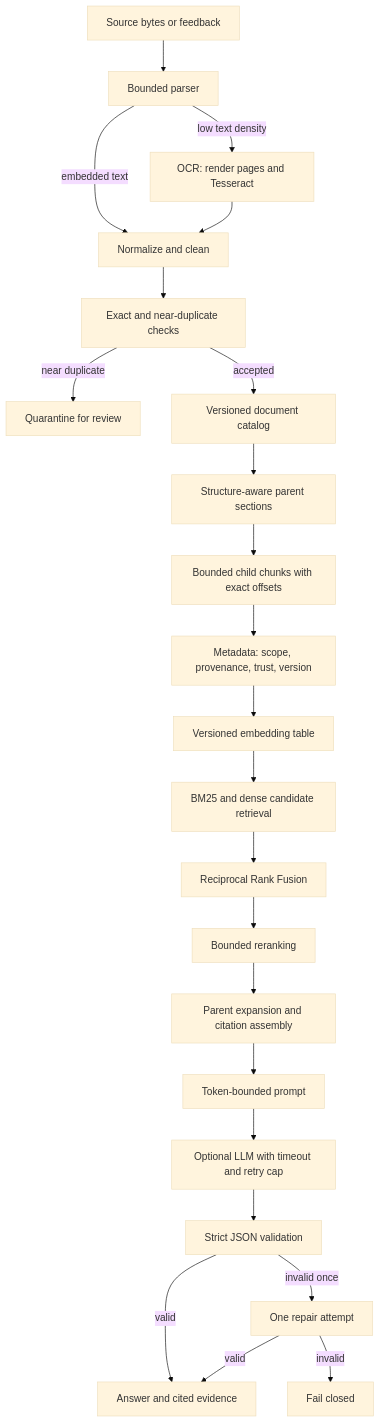
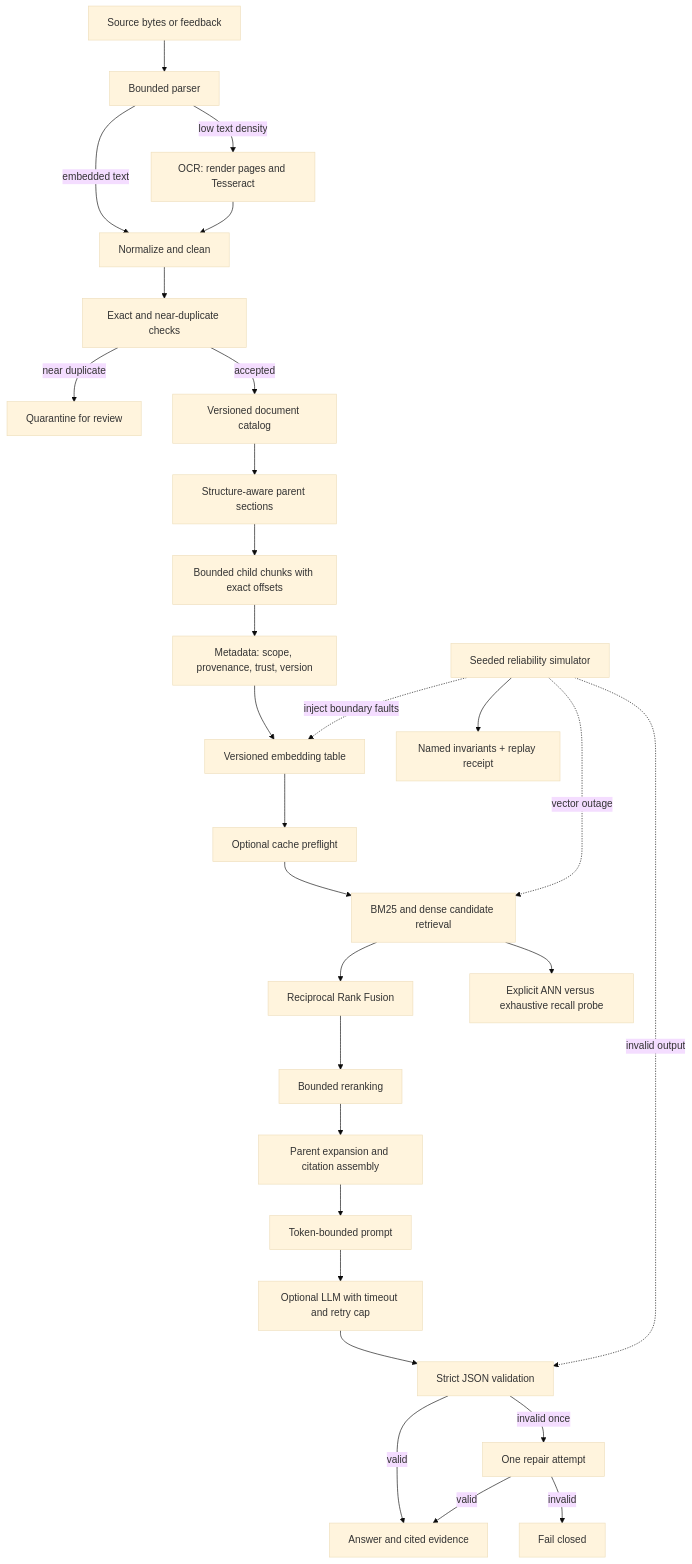
Before and after one commit to IgorGanapolsky/ThumbGate: the diagram in docs/RAG_PIPELINE.md, drawn with Mermaid (base theme). The commit also changed other lines of this file and 33 other files, not shown here.

````diff
--- a/docs/RAG_PIPELINE.md
+++ b/docs/RAG_PIPELINE.md
@@ -9,25 +9,31 @@
 ```mermaid
 flowchart TD
   A[Source bytes or feedback] --> B[Bounded parser]
   B -->|embedded text| C[Normalize and clean]
   B -->|low text density| O[OCR: render pages and Tesseract]
   O --> C
   C --> D[Exact and near-duplicate checks]
   D -->|near duplicate| Q[Quarantine for review]
   D -->|accepted| E[Versioned document catalog]
   E --> F[Structure-aware parent sections]
   F --> G[Bounded child chunks with exact offsets]
   G --> H[Metadata: scope, provenance, trust, version]
   H --> I[Versioned embedding table]
-  I --> J[BM25 and dense candidate retrieval]
+  I --> W[Optional cache preflight]
+  W --> J[BM25 and dense candidate retrieval]
   J --> K[Reciprocal Rank Fusion]
+  J --> V[Explicit ANN versus exhaustive recall probe]
   K --> L[Bounded reranking]
   L --> M[Parent expansion and citation assembly]
   M --> N[Token-bounded prompt]
   N --> P[Optional LLM with timeout and retry cap]
   P --> R[Strict JSON validation]
   R -->|invalid once| S[One repair attempt]
   R -->|valid| T[Answer and cited evidence]
   S -->|valid| T
   S -->|invalid| U[Fail closed]
+  X[Seeded reliability simulator] -. inject boundary faults .-> I
+  X -. vector outage .-> J
+  X -. invalid output .-> R
+  X --> Y[Named invariants + replay receipt]
 ```
````
